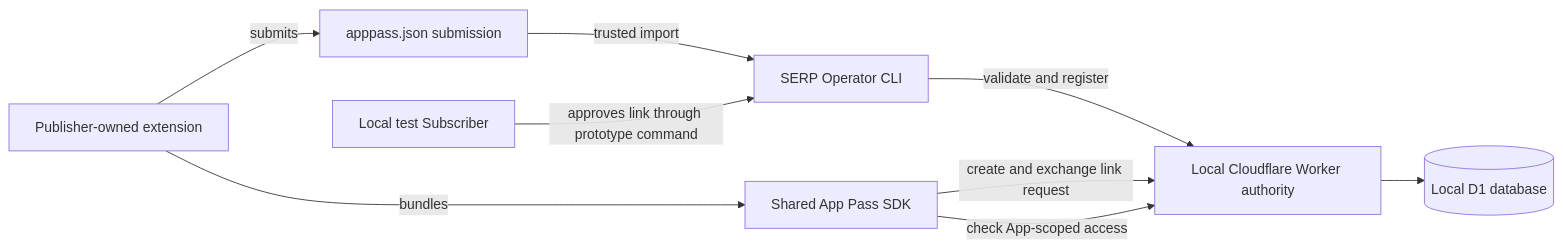
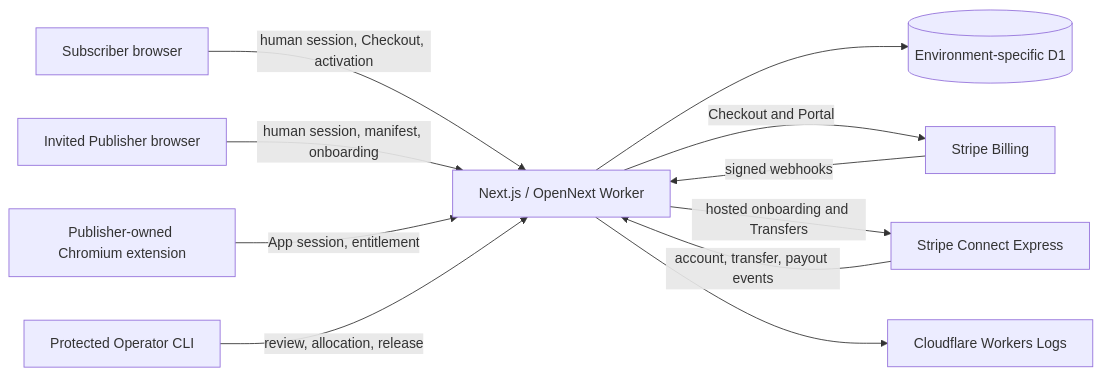
Before and after one commit to serpcompany/serp-pass: the first of 3 diagrams in ARCHITECTURE.md, drawn with Mermaid. The commit also changed other lines of this file and 14 other files, not shown here.

````diff
--- a/ARCHITECTURE.md
+++ b/ARCHITECTURE.md
@@ -11,19 +9,23 @@
 ```mermaid
 flowchart LR
-    Publisher["Publisher-owned extension"]
-    Manifest["apppass.json submission"]
-    Operator["SERP Operator CLI"]
-    SDK["Shared App Pass SDK"]
-    Authority["Local Cloudflare Worker authority"]
-    D1[("Local D1 database")]
-    Subscriber["Local test Subscriber"]
+    Subscriber["Subscriber browser"]
+    Publisher["Invited Publisher browser"]
+    Extension["Publisher-owned Chromium extension"]
+    Operator["Protected Operator CLI"]
+    App["Next.js / OpenNext Worker"]
+    D1[("Environment-specific D1")]
+    Billing["Stripe Billing"]
+    Connect["Stripe Connect Express"]
+    Logs["Cloudflare Workers Logs"]
 
-    Publisher -->|"bundles"| SDK
-    Publisher -->|"submits"| Manifest
-    Manifest -->|"trusted import"| Operator
-    Operator -->|"validate and register"| Authority
-    Subscriber -->|"approves link through prototype command"| Operator
-    SDK -->|"create and exchange link request"| Authority
-    SDK -->|"check App-scoped access"| Authority
-    Authority --> D1
+    Subscriber -->|"human session, Checkout, activation"| App
+    Publisher -->|"human session, manifest, onboarding"| App
+    Extension -->|"App session, entitlement"| App
+    Operator -->|"review, allocation, release"| App
+    App --> D1
+    App -->|"Checkout and Portal"| Billing
+    Billing -->|"signed webhooks"| App
+    App -->|"hosted onboarding and Transfers"| Connect
+    Connect -->|"account, transfer, payout events"| App
+    App --> Logs
 ```
````
